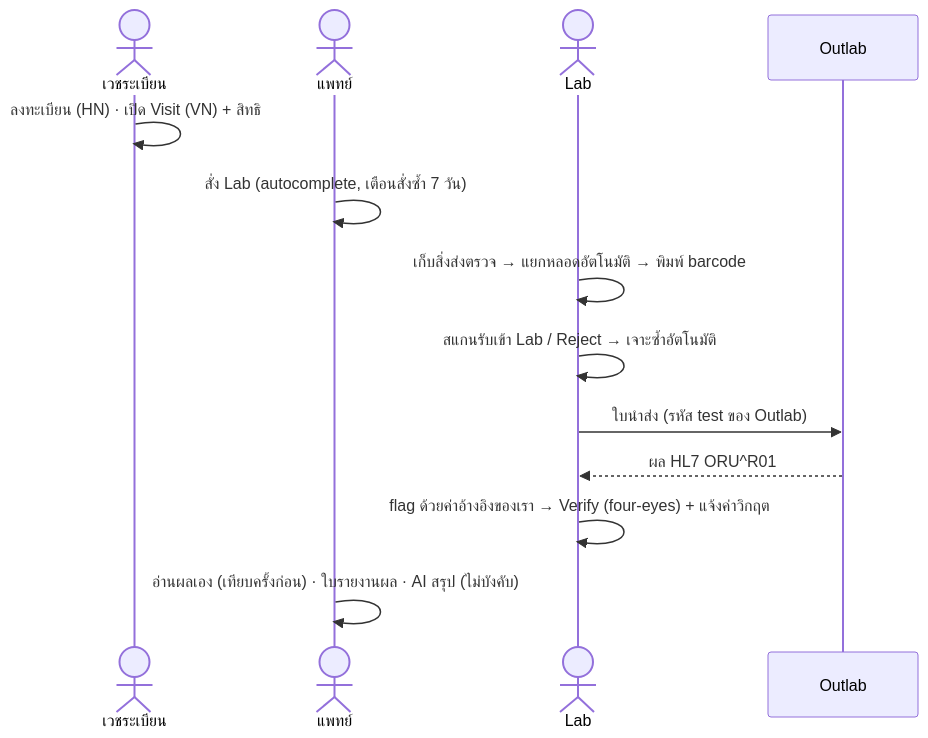
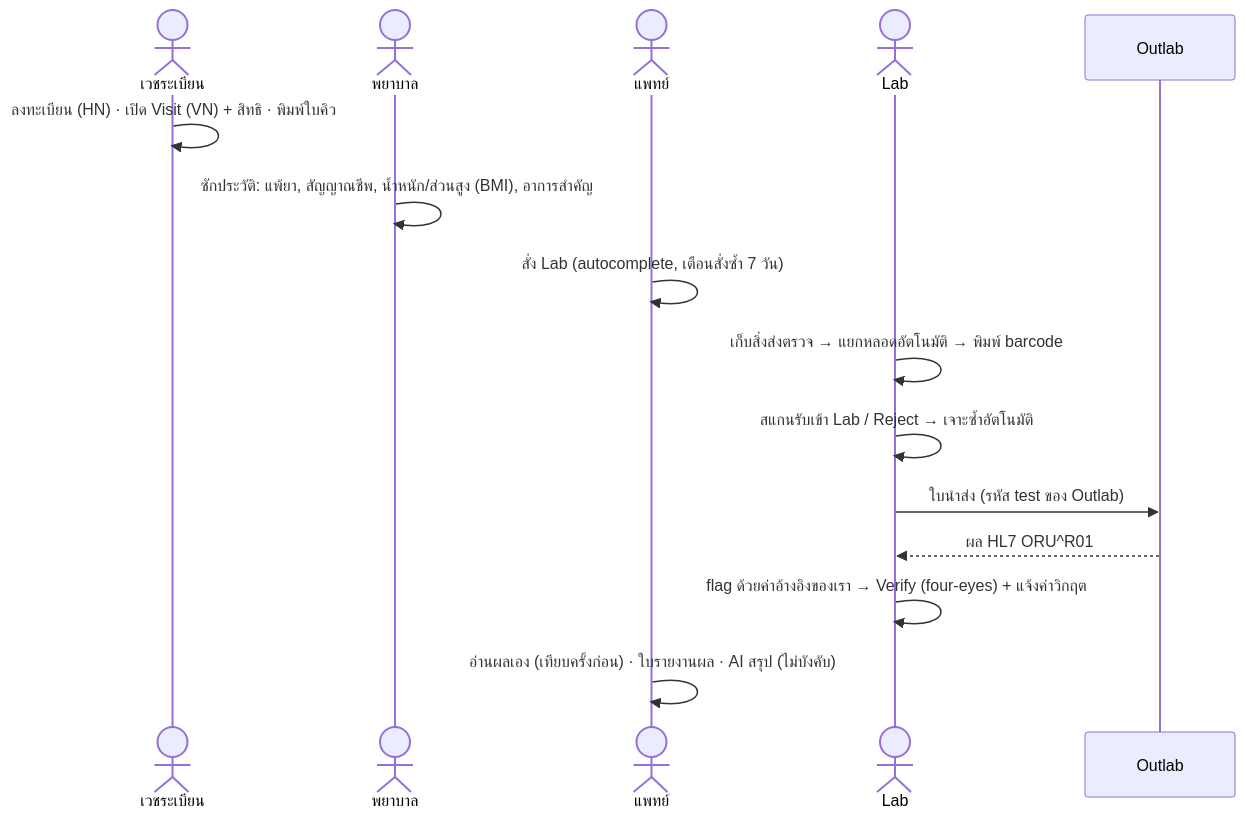
One commit to Chanatar-t/miniHIS changed the first of 3 diagrams in README.md. Above: the diagram before and after it, drawn with Mermaid. The commit also changed other lines of this file and 26 other files, not shown here.

````diff
--- a/README.md
+++ b/README.md
@@ -13,15 +13,17 @@
 ```mermaid
 sequenceDiagram
   actor C as เวชระเบียน
+  actor N as พยาบาล
   actor D as แพทย์
   actor L as Lab
   participant O as Outlab
-  C->>C: ลงทะเบียน (HN) · เปิด Visit (VN) + สิทธิ
+  C->>C: ลงทะเบียน (HN) · เปิด Visit (VN) + สิทธิ · พิมพ์ใบคิว
+  N->>N: ซักประวัติ: แพ้ยา, สัญญาณชีพ, น้ำหนัก/ส่วนสูง (BMI), อาการสำคัญ
   D->>D: สั่ง Lab (autocomplete, เตือนสั่งซ้ำ 7 วัน)
   L->>L: เก็บสิ่งส่งตรวจ → แยกหลอดอัตโนมัติ → พิมพ์ barcode
   L->>L: สแกนรับเข้า Lab / Reject → เจาะซ้ำอัตโนมัติ
   L->>O: ใบนำส่ง (รหัส test ของ Outlab)
   O-->>L: ผล HL7 ORU^R01
   L->>L: flag ด้วยค่าอ้างอิงของเรา → Verify (four-eyes) + แจ้งค่าวิกฤต
   D->>D: อ่านผลเอง (เทียบครั้งก่อน) · ใบรายงานผล · AI สรุป (ไม่บังคับ)
 ```
````
